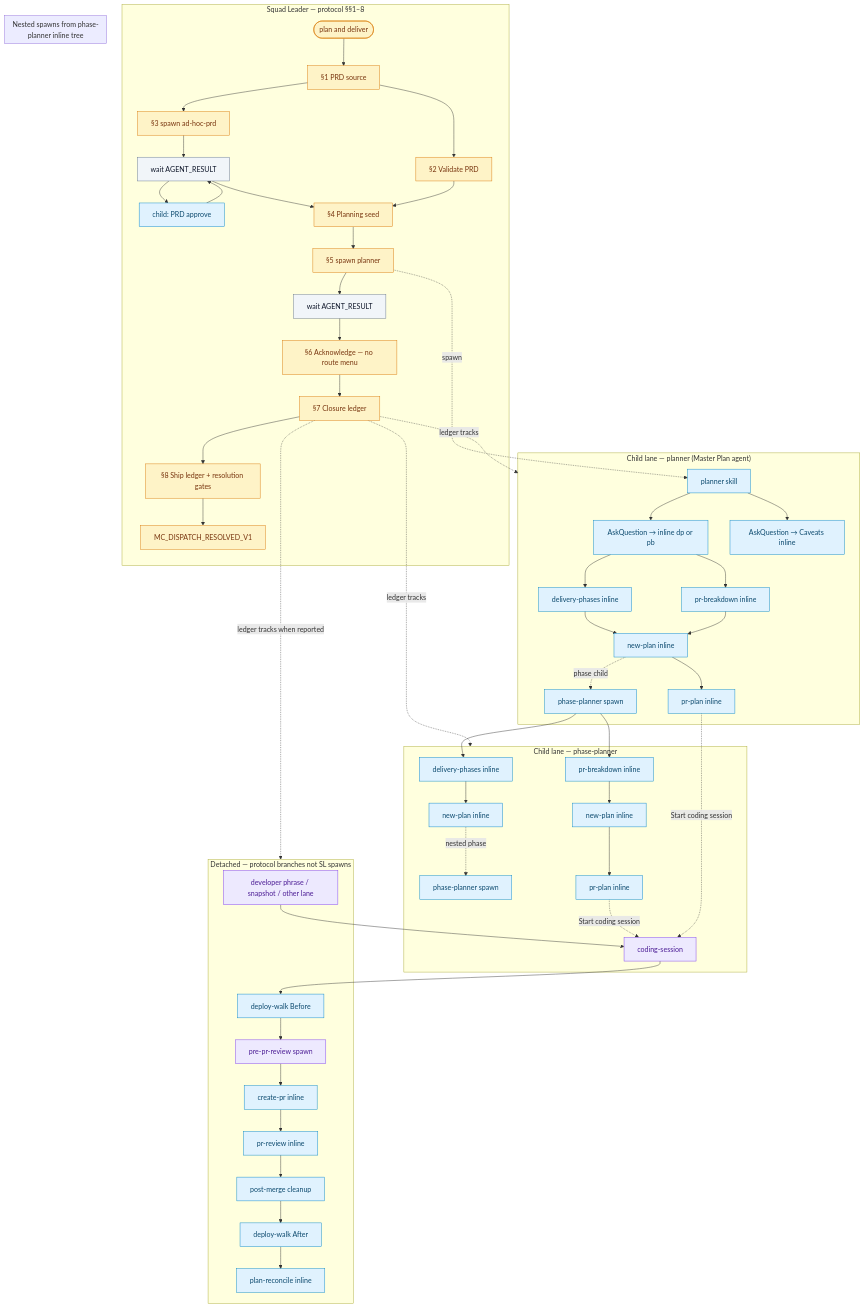
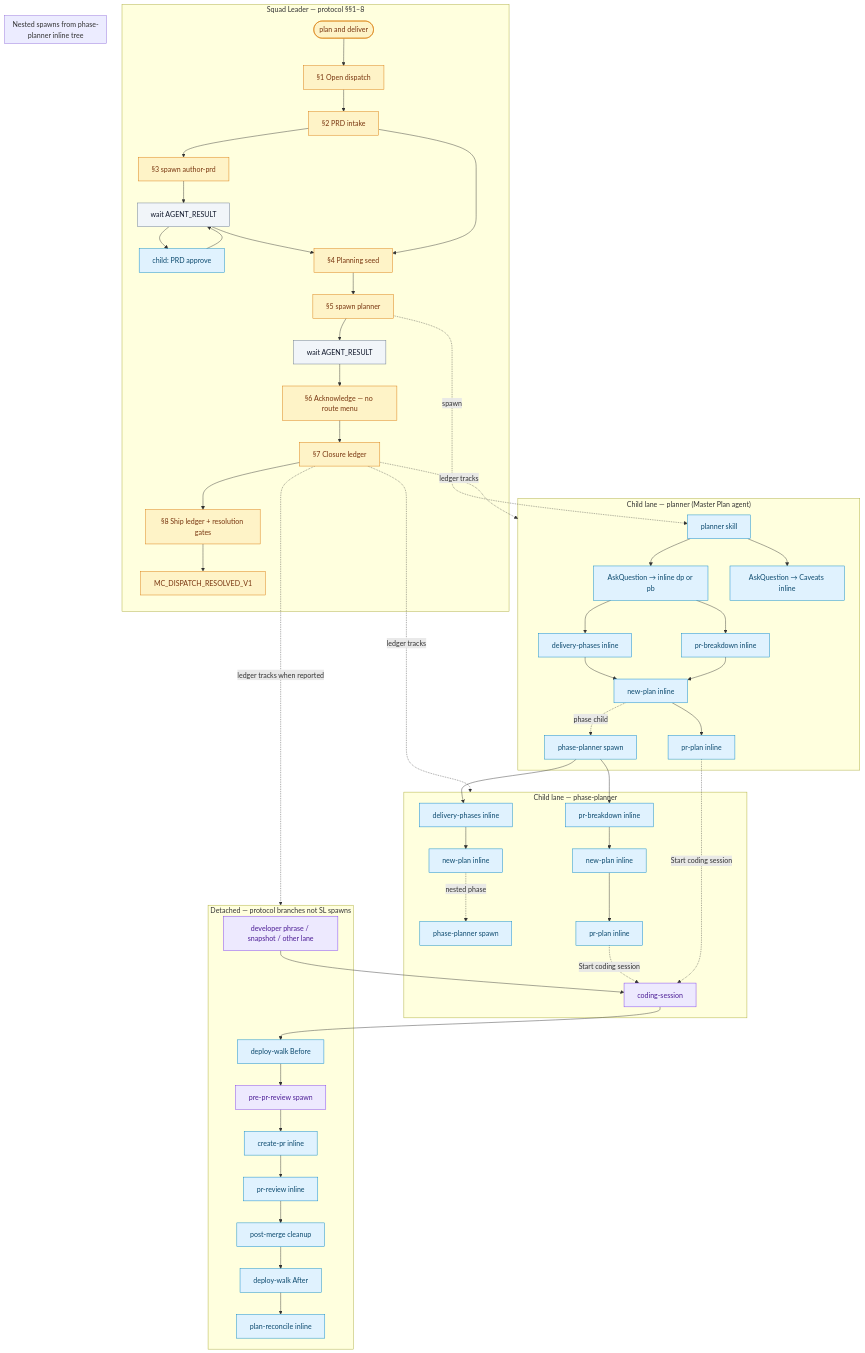
One commit to safebeat-sedea/research-and-development changed the third of 4 diagrams in missions/plan-and-deliver/plan.mdc. Above: the diagram before and after it, drawn with Mermaid. The commit also changed other lines of this file and 9 other files, not shown here.

First line of the commit message:
Integrate author-prd into plan-and-deliver and remove standalone prd mission.

````diff
--- a/missions/plan-and-deliver/plan.mdc
+++ b/missions/plan-and-deliver/plan.mdc
@@ -114,81 +114,81 @@
 ```mermaid
 flowchart TB
   classDef leader fill:#fef3c7,stroke:#d97706,color:#78350f
   classDef child fill:#e0f2fe,stroke:#0284c7,color:#0c4a6e
   classDef wait fill:#f1f5f9,stroke:#64748b,color:#0f172a
   classDef detached fill:#ede9fe,stroke:#7c3aed,color:#4c1d95
 
   subgraph sl["Squad Leader — protocol §§1–8"]
     CMD(["plan and deliver"]):::leader
-    CMD --> S1["§1 PRD source"]:::leader
-    S1 --> S2["§2 Validate PRD"]:::leader
-    S1 --> S3["§3 spawn ad-hoc-prd"]:::leader
+    CMD --> S1["§1 Open dispatch"]:::leader
+    S1 --> S2["§2 PRD intake"]:::leader
+    S2 --> S3["§3 spawn author-prd"]:::leader
     S3 --> S3W["wait AGENT_RESULT"]:::wait
     S3W --> S3A["child: PRD approve"]:::child
     S3A --> S3W
     S3W --> S4["§4 Planning seed"]:::leader
     S2 --> S4
     S4 --> S5["§5 spawn planner"]:::leader
     S5 --> S5W["wait AGENT_RESULT"]:::wait
     S5W --> S6["§6 Acknowledge — no route menu"]:::leader
     S6 --> S7["§7 Closure ledger"]:::leader
     S7 --> S8["§8 Ship ledger + resolution gates"]:::leader
     S8 --> RES["MC_DISPATCH_RESOLVED_V1"]:::leader
   end
 
   subgraph mpLane["Child lane — planner (Master Plan agent)"]
     MP["planner skill"]:::child
     MP --> M6["AskQuestion → inline dp or pb"]:::child
     MP --> M7["AskQuestion → Caveats inline"]:::child
     DP["delivery-phases inline"]:::child
     PB["pr-breakdown inline"]:::child
     NP["new-plan inline"]:::child
     M6 --> DP
     M6 --> PB
     DP --> NP
     PB --> NP
     NP --> PP["pr-plan inline"]:::child
     NP -.->|phase child| POP["phase-planner spawn"]:::child
   end
 
   S5 -.->|spawn| MP
 
   subgraph ppLane["Child lane — phase-planner"]
     POP --> DP2["delivery-phases inline"]:::child
     POP --> PB2["pr-breakdown inline"]:::child
     DP2 --> NP2["new-plan inline"]:::child
     PB2 --> NP3["new-plan inline"]:::child
     NP2 -.->|nested phase| POP2["phase-planner spawn"]:::child
     NP3 --> PR2["pr-plan inline"]:::child
     PR2 -.->|Start coding session| CS
   end
 
   subgraph planTree["Nested spawns from phase-planner inline tree"]
     POP2
   end
 
   subgraph impl["Detached — protocol branches not SL spawns"]
     NOTE["developer phrase / snapshot / other lane"]:::detached
     CS["coding-session"]:::detached
     PPR["pre-pr-review spawn"]:::detached
     BDW["deploy-walk Before"]:::child
     CPR["create-pr inline"]:::child
     PRV["pr-review inline"]:::child
     PMC["post-merge cleanup"]:::child
     ADW["deploy-walk After"]:::child
     REC["plan-reconcile inline"]:::child
     NOTE --> CS
     PP -.->|Start coding session| CS
     CS --> BDW
     BDW --> PPR
     PPR --> CPR
     CPR --> PRV
     PRV --> PMC
     PMC --> ADW
     ADW --> REC
   end
 
   S7 -.->|ledger tracks| mpLane
   S7 -.->|ledger tracks| ppLane
   S7 -.->|ledger tracks when reported| impl
 ```
````
